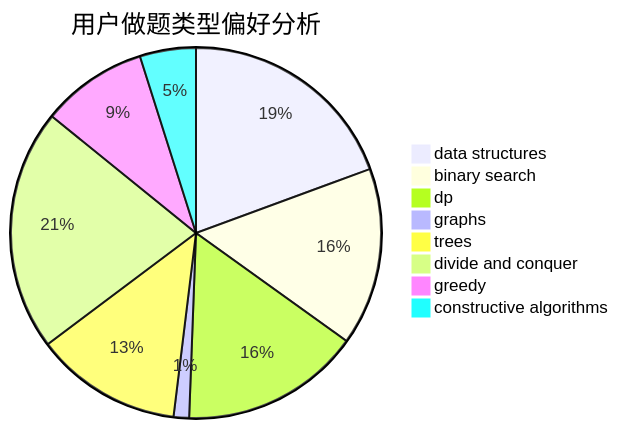
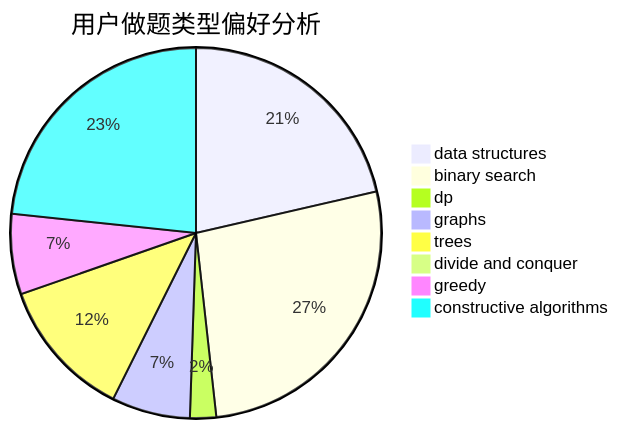
One commit to sherpahu/cfrs.github.io changed the second of 3 diagrams in docs/user/u1559.md. Above: the diagram before and after it, drawn with Mermaid. The commit also changed other lines of this file and 2770 other files, not shown here.

````diff
--- a/docs/user/u1559.md
+++ b/docs/user/u1559.md
@@ -23,11 +23,11 @@
 ```mermaid
 pie title 用户做题类型偏好分析
-    "data structures" :  115
-    "binary search" :  92
-    "dp" :  93
-    "graphs" :  8
-    "trees" :  76
-    "divide and conquer" :  125
-    "greedy" :  55
-    "constructive algorithms" :  29
+    "data structures" :  122
+    "binary search" :  153
+    "dp" :  13
+    "graphs" :  39
+    "trees" :  70
+    "divide and conquer" :  1
+    "greedy" :  40
+    "constructive algorithms" :  133
 ```
````
